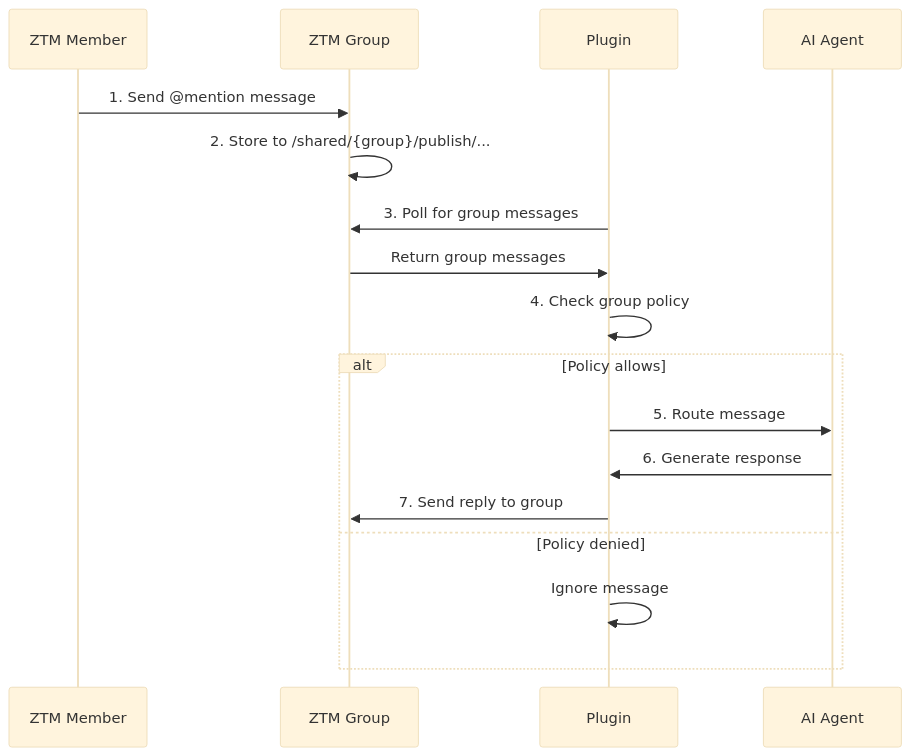
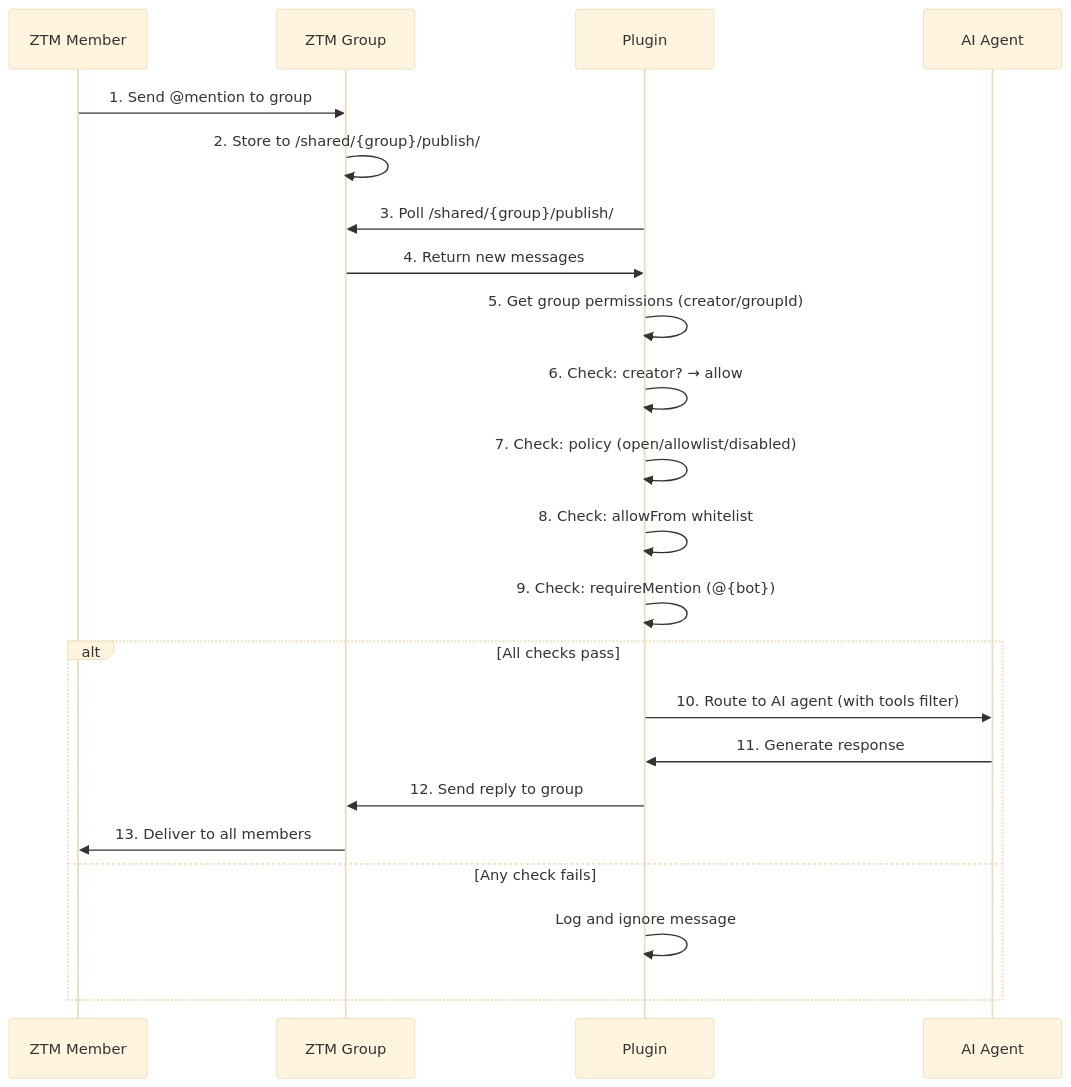
Before and after one commit to flomesh-io/ztm: the fourth of 4 diagrams in extensions/ztm-chat/README.md, drawn with Mermaid (base theme). The commit also changed other lines of this file, not shown here.

First line of the commit message:
docs(ztm-chat): enhance Message Flow documentation

````diff
--- a/extensions/ztm-chat/README.md
+++ b/extensions/ztm-chat/README.md
@@ -433,20 +440,25 @@
 ```mermaid
 sequenceDiagram
     participant M as ZTM Member
     participant G as ZTM Group
     participant P as Plugin
     participant A as AI Agent
 
-    M->>G: 1. Send @mention message
-    G->>G: 2. Store to /shared/{group}/publish/...
-    P->>G: 3. Poll for group messages
-    G->>P: Return group messages
-    P->>P: 4. Check group policy
-    alt Policy allows
-        P->>A: 5. Route message
-        A->>P: 6. Generate response
-        P->>G: 7. Send reply to group
-    else Policy denied
-        P->>P: Ignore message
+    M->>G: 1. Send @mention to group
+    G->>G: 2. Store to /shared/{group}/publish/
+    P->>G: 3. Poll /shared/{group}/publish/
+    G->>P: 4. Return new messages
+    P->>P: 5. Get group permissions (creator/groupId)
+    P->>P: 6. Check: creator? → allow
+    P->>P: 7. Check: policy (open/allowlist/disabled)
+    P->>P: 8. Check: allowFrom whitelist
+    P->>P: 9. Check: requireMention (@{bot})
+    alt All checks pass
+        P->>A: 10. Route to AI agent (with tools filter)
+        A->>P: 11. Generate response
+        P->>G: 12. Send reply to group
+        G->>M: 13. Deliver to all members
+    else Any check fails
+        P->>P: Log and ignore message
     end
 ```
````
